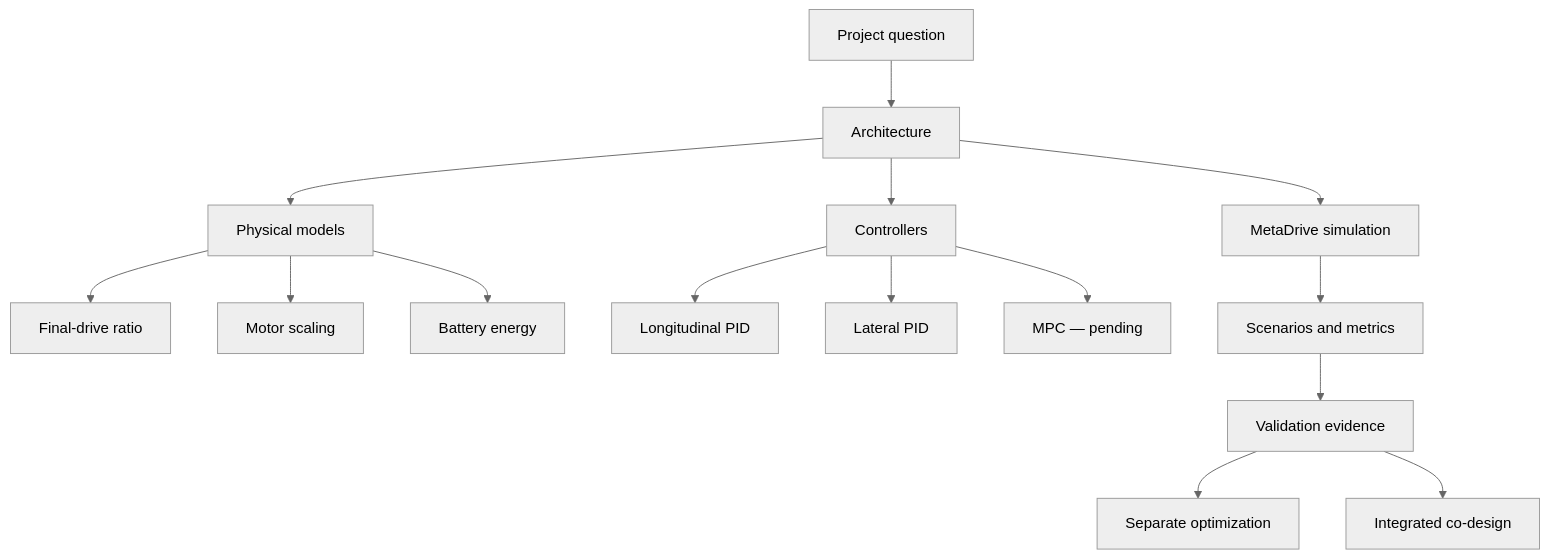
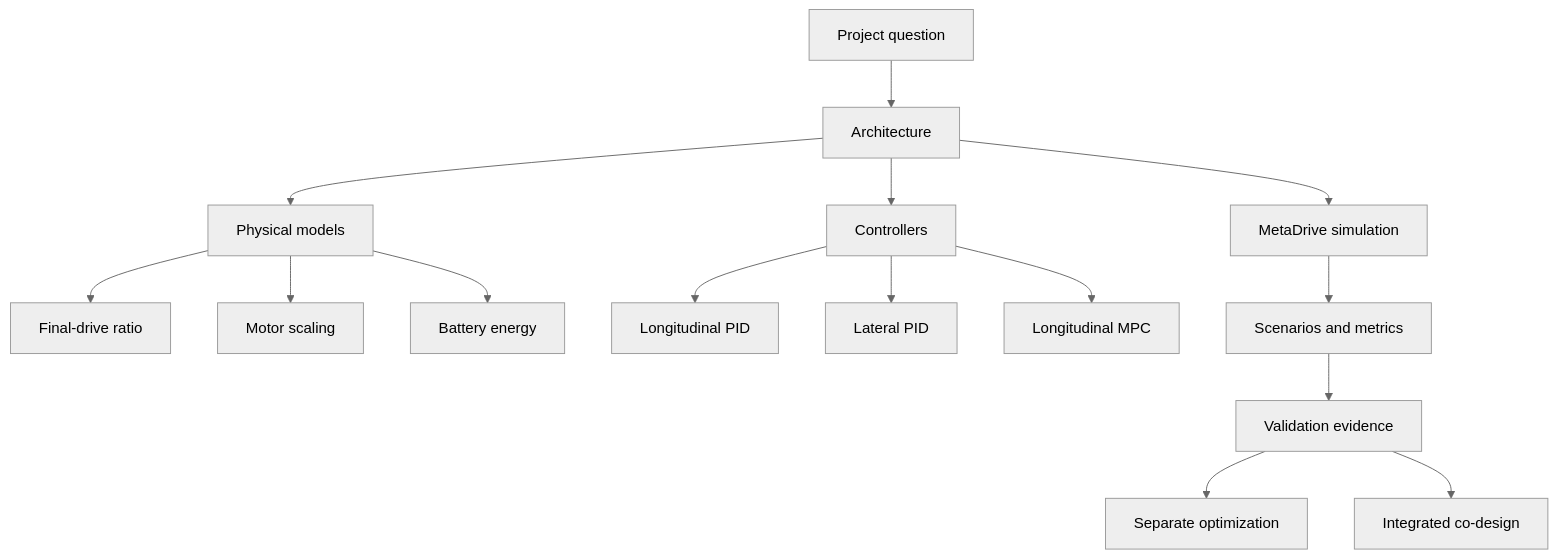
The diagram in docs/index.md (odetojsmith/Codesign-for-Cruise-Control), drawn with Mermaid (neutral theme) before and after one commit. The commit also changed other lines of this file and 77 other files, not shown here.

````diff
--- a/docs/index.md
+++ b/docs/index.md
@@ -30,17 +31,17 @@
 ```mermaid
 flowchart TD
     A["Project question"] --> B["Architecture"]
     B --> C["Physical models"]
     B --> D["MetaDrive simulation"]
     B --> E["Controllers"]
     C --> C1["Final-drive ratio"]
     C --> C2["Motor scaling"]
     C --> C3["Battery energy"]
     E --> E1["Longitudinal PID"]
     E --> E2["Lateral PID"]
-    E --> E3["MPC — pending"]
+    E --> E3["Longitudinal MPC"]
     D --> F["Scenarios and metrics"]
     F --> G["Validation evidence"]
     G --> H["Separate optimization"]
     G --> I["Integrated co-design"]
 ```
````
